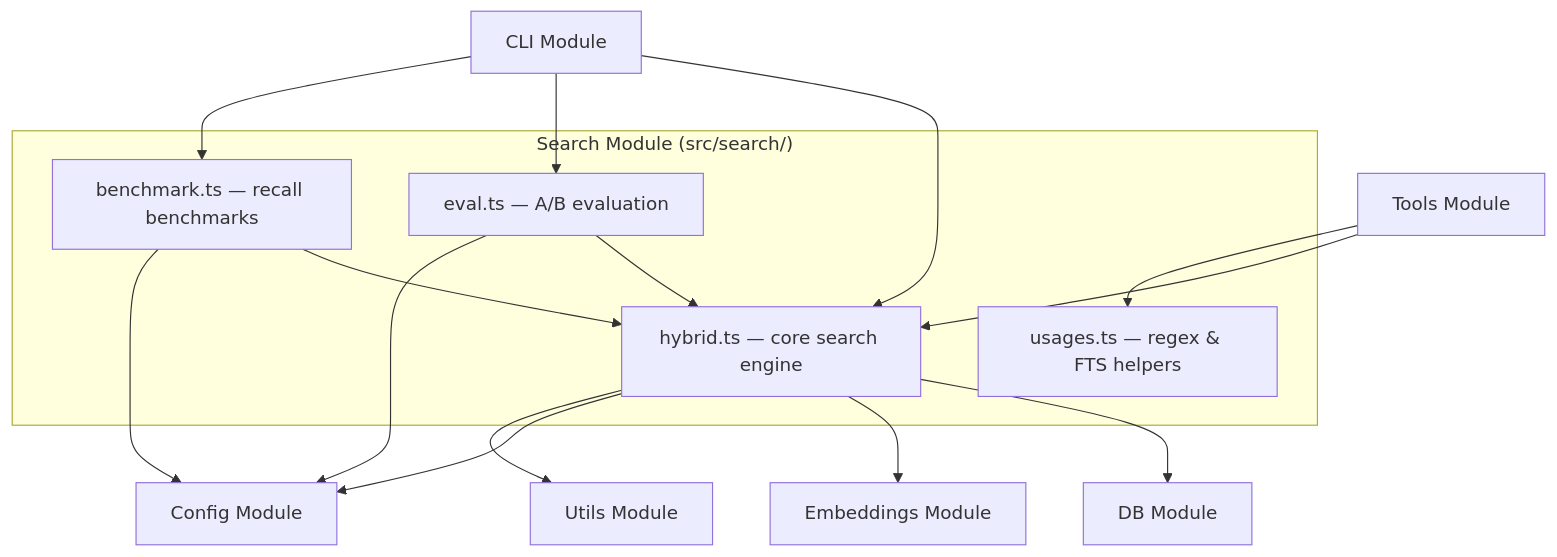
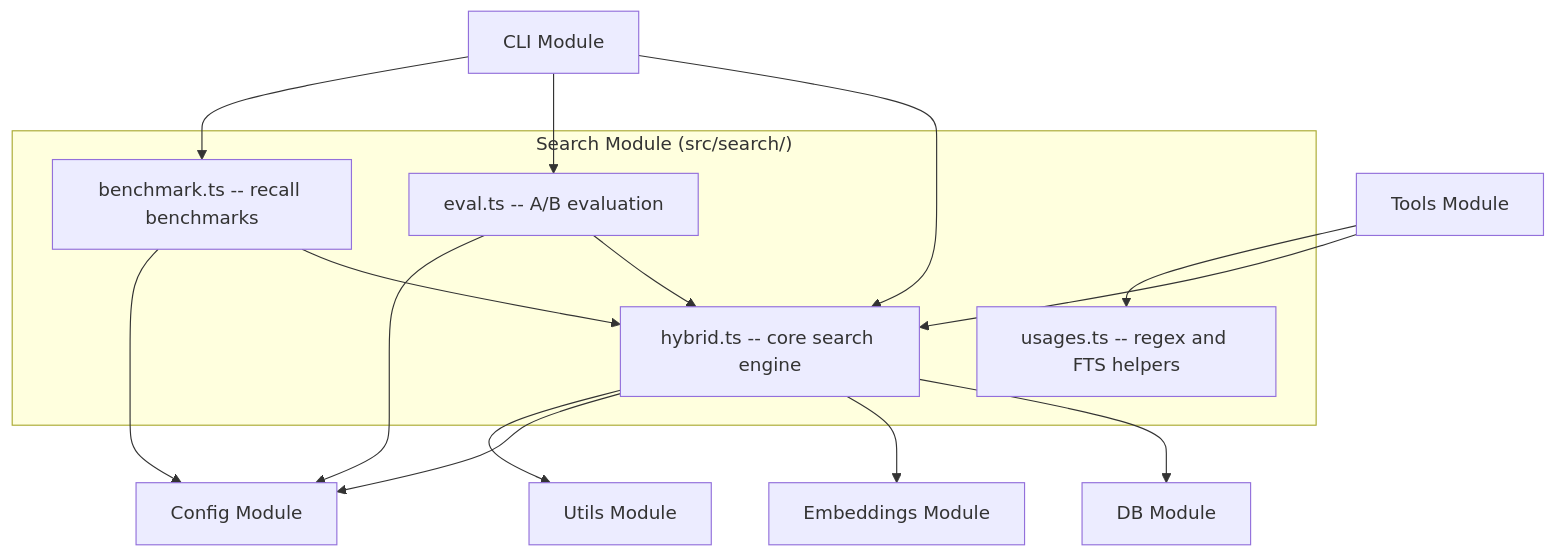
One commit to TheWinci/mimirs changed the diagram in wiki/modules/search/index.md. Above: the diagram before and after it, drawn with Mermaid. The commit also changed other lines of this file and 27 other files, not shown here.

````diff
--- a/wiki/modules/search/index.md
+++ b/wiki/modules/search/index.md
@@ -10,25 +10,25 @@
 ```mermaid
 flowchart TD
   subgraph SearchModule["Search Module (src/search/)"]
-    hybrid["hybrid.ts — core search engine"]
-    usages["usages.ts — regex & FTS helpers"]
-    evalFile["eval.ts — A/B evaluation"]
-    bench["benchmark.ts — recall benchmarks"]
+    hybrid_file["hybrid.ts -- core search engine"]
+    usages_file["usages.ts -- regex and FTS helpers"]
+    eval_file["eval.ts -- A/B evaluation"]
+    bench_file["benchmark.ts -- recall benchmarks"]
   end
 
-  hybrid --> dbMod["DB Module"]
-  hybrid --> embedMod["Embeddings Module"]
-  hybrid --> configMod["Config Module"]
-  hybrid --> utilsMod["Utils Module"]
+  hybrid_file --> dbMod["DB Module"]
+  hybrid_file --> embedMod["Embeddings Module"]
+  hybrid_file --> configMod["Config Module"]
+  hybrid_file --> utilsMod["Utils Module"]
 
-  evalFile --> hybrid
-  bench --> hybrid
-  evalFile --> configMod
-  bench --> configMod
+  eval_file --> hybrid_file
+  bench_file --> hybrid_file
+  eval_file --> configMod
+  bench_file --> configMod
 
-  toolsMod["Tools Module"] --> hybrid
-  toolsMod --> usages
-  cliMod["CLI Module"] --> hybrid
-  cliMod --> evalFile
-  cliMod --> bench
+  toolsMod["Tools Module"] --> hybrid_file
+  toolsMod --> usages_file
+  cliMod["CLI Module"] --> hybrid_file
+  cliMod --> eval_file
+  cliMod --> bench_file
 ```
````
